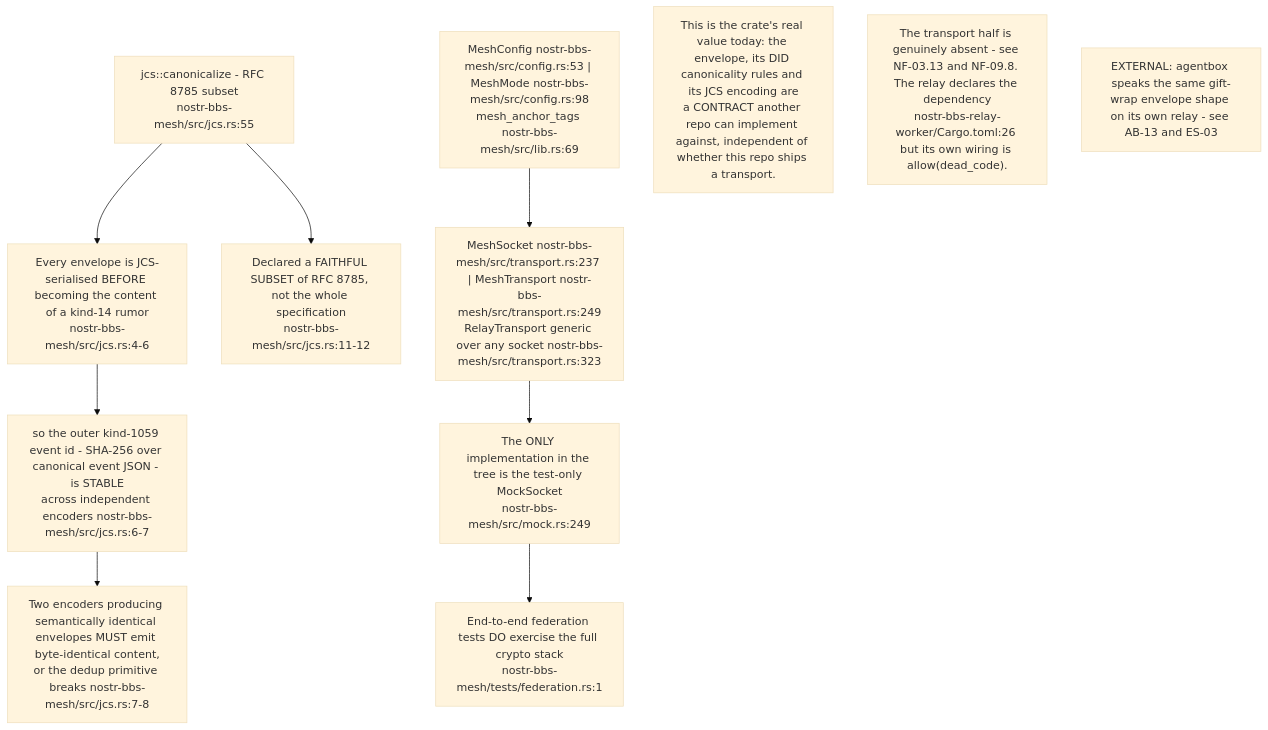
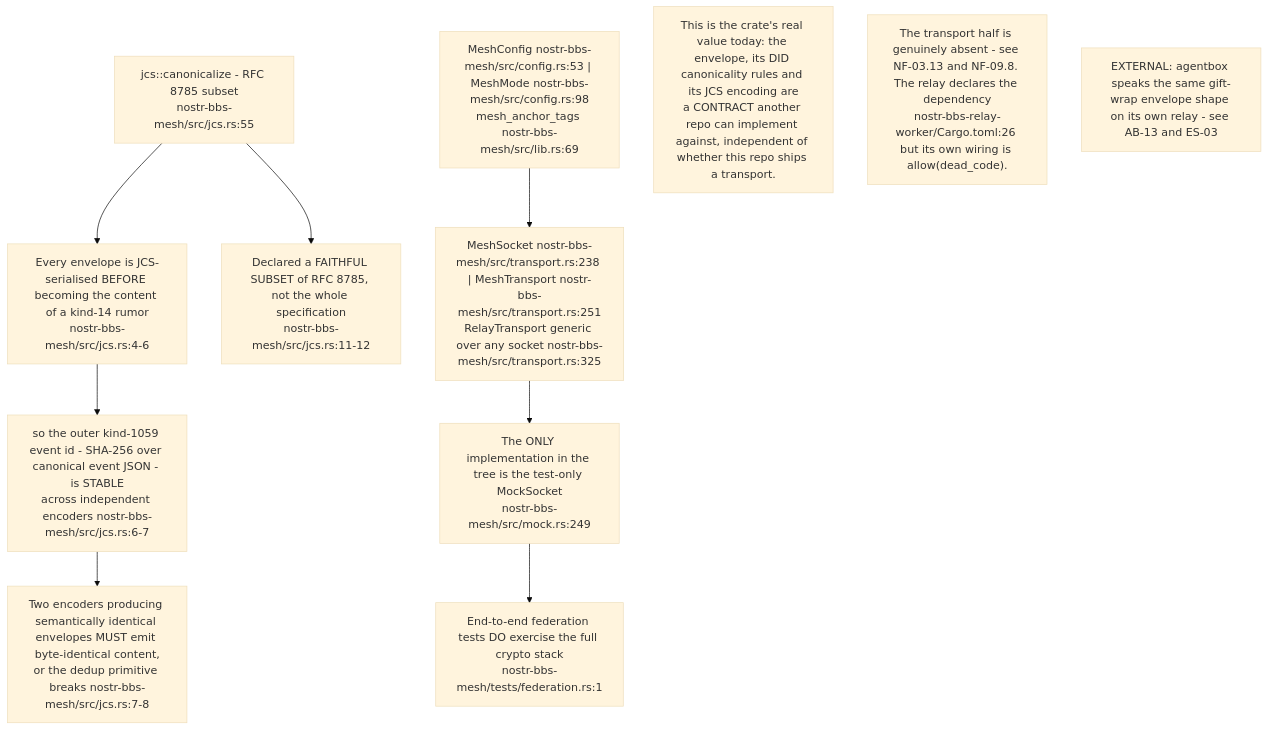
Before and after one commit to DreamLab-AI/VisionFlow: the eighth of 10 diagrams in docs/diagrams/nostr-rust-forum/12-core-wire-crypto-and-federation-envelope.md, drawn with Mermaid (base theme). The commit also changed other lines of this file and 94 other files, not shown here.

First line of the commit message:
docs(diagrams): re-verify 130 topics against 2 October HEADs

````diff
--- a/docs/diagrams/nostr-rust-forum/12-core-wire-crypto-and-federation-envelope.md
+++ b/docs/diagrams/nostr-rust-forum/12-core-wire-crypto-and-federation-envelope.md
@@ -267,21 +268,21 @@
 ```mermaid
 flowchart TB
     JCS["jcs::canonicalize - RFC 8785 subset<br/>nostr-bbs-mesh/src/jcs.rs:55"]
     WHY["Every envelope is JCS-serialised BEFORE becoming the content of a kind-14 rumor<br/>nostr-bbs-mesh/src/jcs.rs:4-6"]
     ID["so the outer kind-1059 event id - SHA-256 over canonical event JSON - is STABLE<br/>across independent encoders nostr-bbs-mesh/src/jcs.rs:6-7"]
     DEDUP["Two encoders producing semantically identical envelopes MUST emit byte-identical content,<br/>or the dedup primitive breaks nostr-bbs-mesh/src/jcs.rs:7-8"]
     HONEST["Declared a FAITHFUL SUBSET of RFC 8785, not the whole specification<br/>nostr-bbs-mesh/src/jcs.rs:11-12"]
-    TRANS["MeshSocket nostr-bbs-mesh/src/transport.rs:237 | MeshTransport nostr-bbs-mesh/src/transport.rs:249<br/>RelayTransport generic over any socket nostr-bbs-mesh/src/transport.rs:323"]
+    TRANS["MeshSocket nostr-bbs-mesh/src/transport.rs:238 | MeshTransport nostr-bbs-mesh/src/transport.rs:251<br/>RelayTransport generic over any socket nostr-bbs-mesh/src/transport.rs:325"]
     ONLY["The ONLY implementation in the tree is the test-only MockSocket<br/>nostr-bbs-mesh/src/mock.rs:249"]
     TEST["End-to-end federation tests DO exercise the full crypto stack<br/>nostr-bbs-mesh/tests/federation.rs:1"]
     CFG["MeshConfig nostr-bbs-mesh/src/config.rs:53 | MeshMode nostr-bbs-mesh/src/config.rs:98<br/>mesh_anchor_tags nostr-bbs-mesh/src/lib.rs:69"]
 
     JCS --> WHY --> ID --> DEDUP
     JCS --> HONEST
     TRANS --> ONLY --> TEST
     CFG --> TRANS
 
     N1["This is the crate's real value today: the envelope, its DID canonicality rules and its JCS encoding are<br/>a CONTRACT another repo can implement against, independent of whether this repo ships a transport."]
     N2["The transport half is genuinely absent - see NF-03.13 and NF-09.8. The relay declares the dependency<br/>nostr-bbs-relay-worker/Cargo.toml:26 but its own wiring is allow(dead_code)."]
     N3["EXTERNAL: agentbox speaks the same gift-wrap envelope shape on its own relay - see AB-13 and ES-03"]
 ```
````
